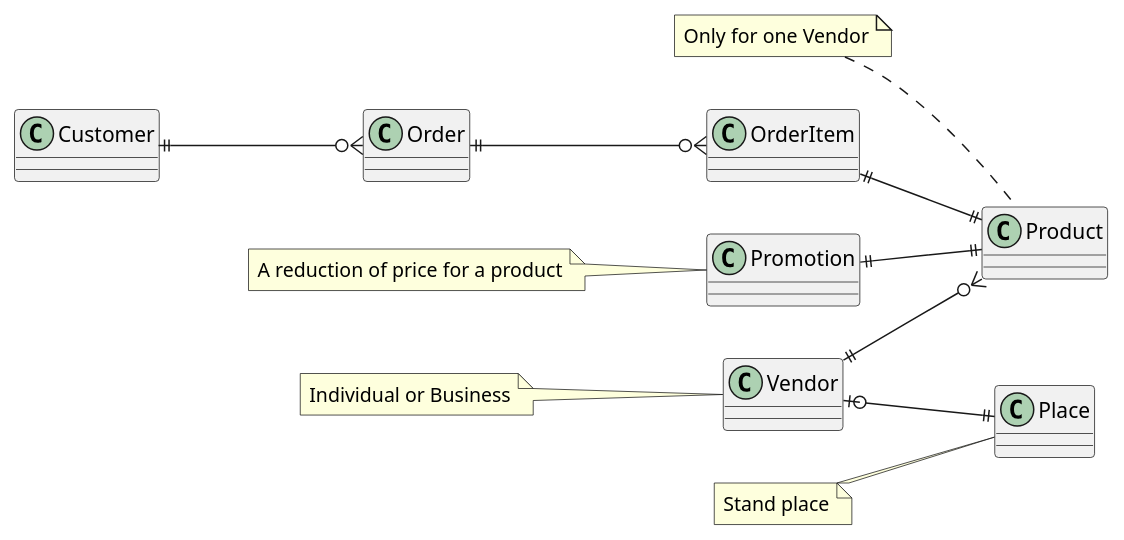
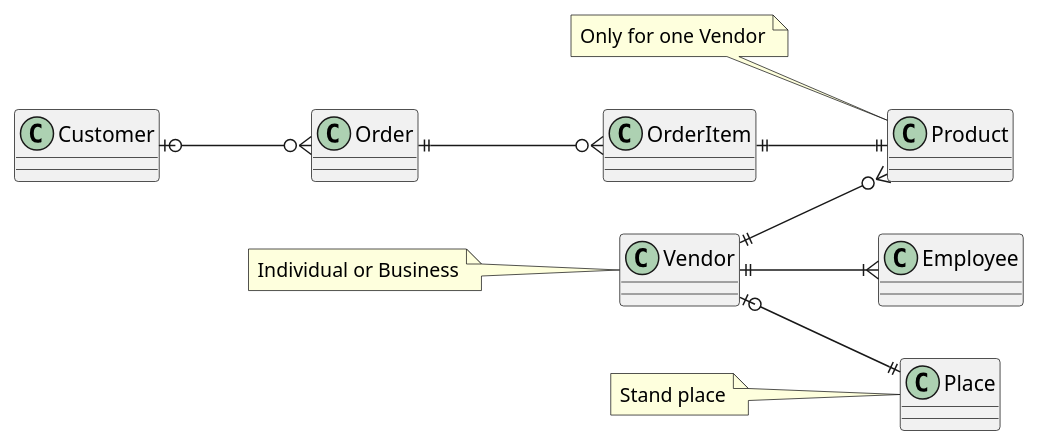
Before and after one commit to KoenigJulia/weihnachtsmarkt: the diagram in erd.puml, drawn with PlantUML.

Commit message:
update data model

```diff
--- a/erd.puml
+++ b/erd.puml
@@ -1,36 +1,37 @@
 @startuml
 left to right direction
 class Vendor {
 }
 note left: Individual or Business
 
 class Product {
 }
 note left: Only for one Vendor
 
 class Customer {
 }
 
 class Order {
 }
 
 class OrderItem{
 }
 
-class Promotion {
+class Employee {
 }
-note left: A reduction of price for a product
+
 
 class Place {
 }
 note left: Stand place
 
 Vendor ||--o{ Product
 Vendor |o--|| Place
+Vendor ||--|{ Employee
 
 Order ||--o{ OrderItem
 OrderItem ||--|| Product
-Customer ||--o{ Order
+Customer |o--o{ Order
 
-Promotion ||--|| Product
+
 @enduml
```
